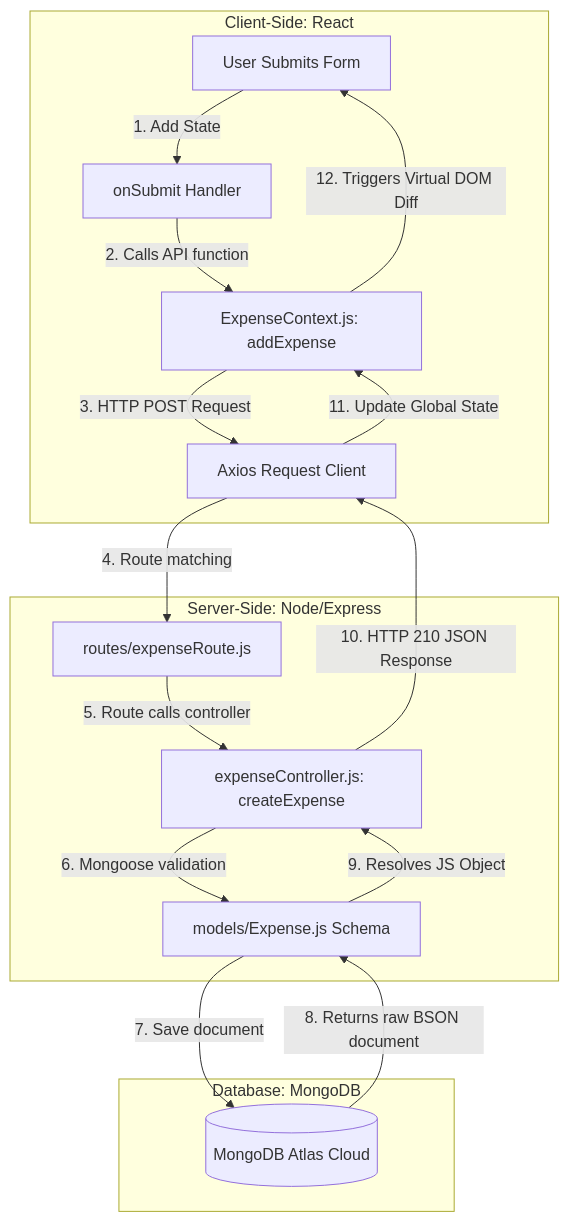
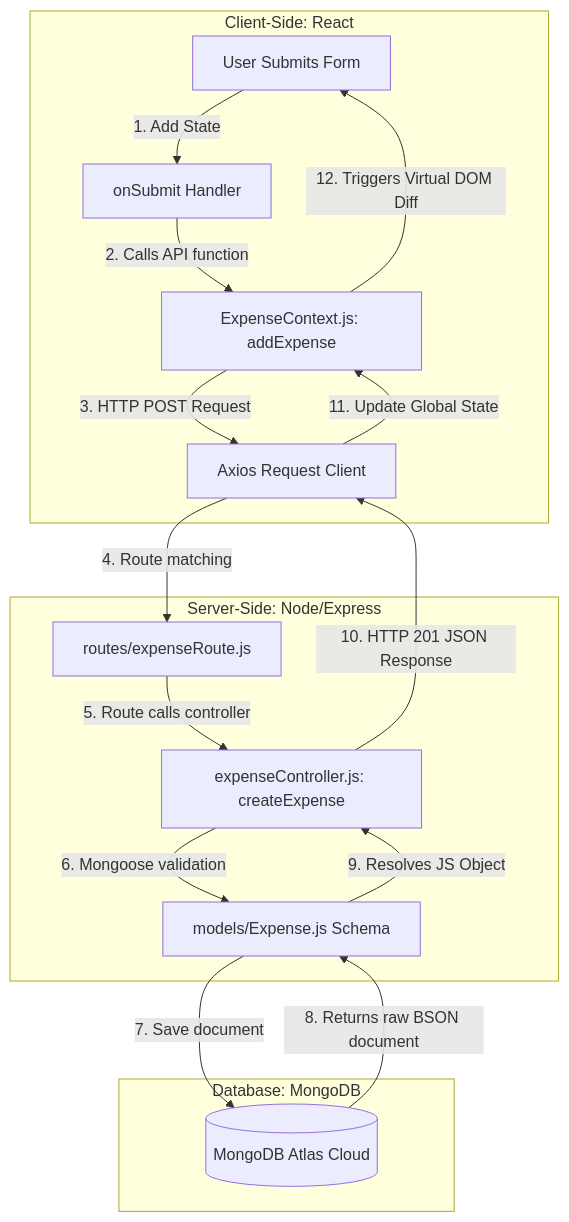
The first of 2 diagrams in README.md (Anupamyadav7428/Expense-Tracker), drawn with Mermaid before and after one commit. The commit also changed other lines of this file, not shown here.

````diff
--- a/README.md
+++ b/README.md
@@ -201,24 +199,24 @@
 ```mermaid
 flowchart TD
     subgraph Client [Client-Side: React]
         UI[User Submits Form] --> |1. Add State| Handler[onSubmit Handler]
         Handler --> |2. Calls API function| Context[ExpenseContext.js: addExpense]
         Context --> |3. HTTP POST Request| Axios[Axios Request Client]
     end
     
     subgraph Server [Server-Side: Node/Express]
         Axios --> |4. Route matching| Router[routes/expenseRoute.js]
         Router --> |5. Route calls controller| Controller[expenseController.js: createExpense]
         Controller --> |6. Mongoose validation| Schema[models/Expense.js Schema]
     end
 
     subgraph DB [Database: MongoDB]
         Schema --> |7. Save document| Atlas[(MongoDB Atlas Cloud)]
         Atlas --> |8. Returns raw BSON document| Schema
     end
 
     Schema --> |9. Resolves JS Object| Controller
-    Controller --> |10. HTTP 210 JSON Response| Axios
+    Controller --> |10. HTTP 201 JSON Response| Axios
     Axios --> |11. Update Global State| Context
     Context --> |12. Triggers Virtual DOM Diff| UI
 ```
````
